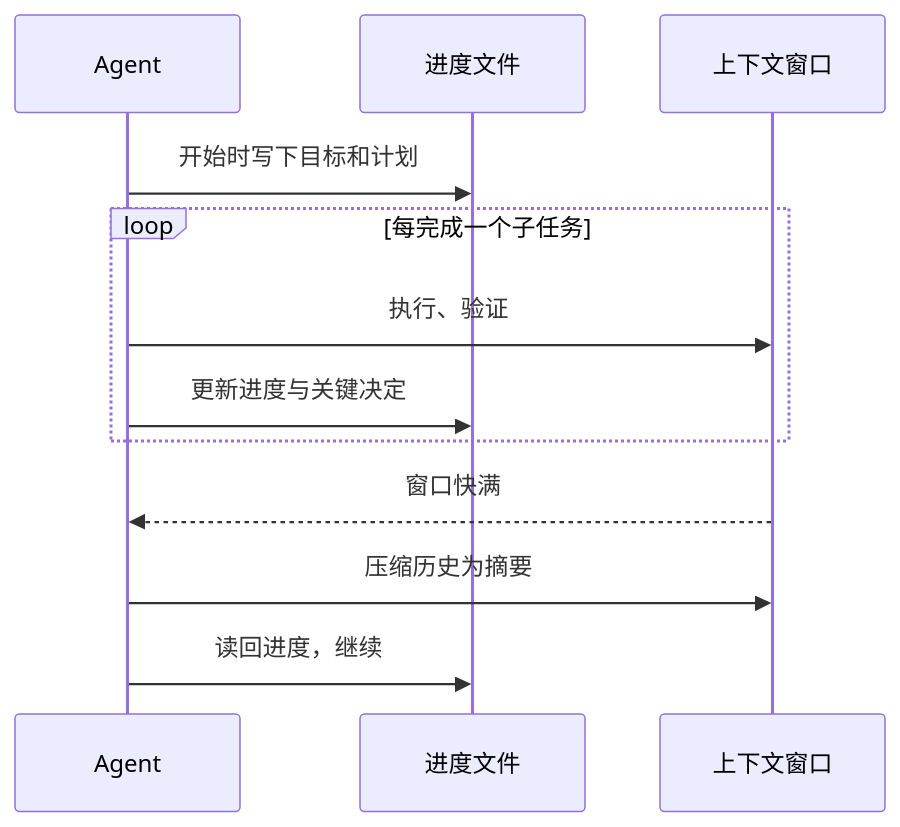
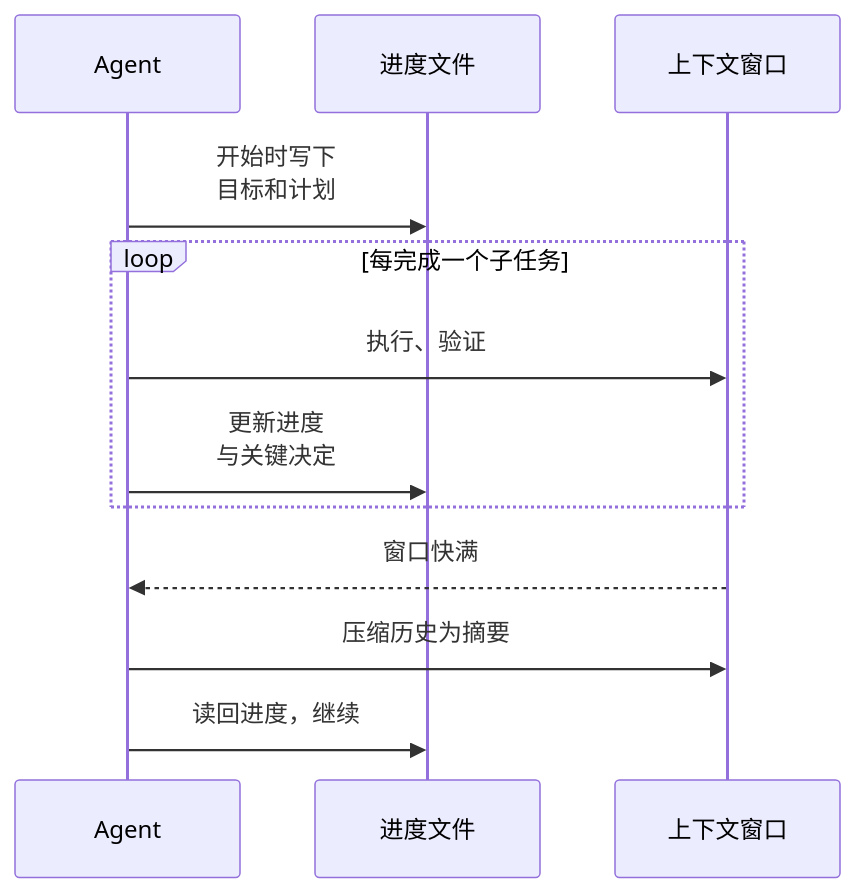
Before and after one commit to jarvis-pro/hatch-shelf: the third of 3 diagrams in books/agent-principles/06-context-engineering.md, drawn with Mermaid. The commit also changed other lines of this file and 432 other files, not shown here.

````diff
--- a/books/agent-principles/06-context-engineering.md
+++ b/books/agent-principles/06-context-engineering.md
@@ -93,14 +93,14 @@
 ```mermaid
 sequenceDiagram
   participant A as Agent
   participant F as 进度文件
   participant C as 上下文窗口
-  A->>F: 开始时写下目标和计划
+  A->>F: 开始时写下<br/>目标和计划
   loop 每完成一个子任务
     A->>C: 执行、验证
-    A->>F: 更新进度与关键决定
+    A->>F: 更新进度<br/>与关键决定
   end
   C-->>A: 窗口快满
   A->>C: 压缩历史为摘要
   A->>F: 读回进度，继续
 ```
````
